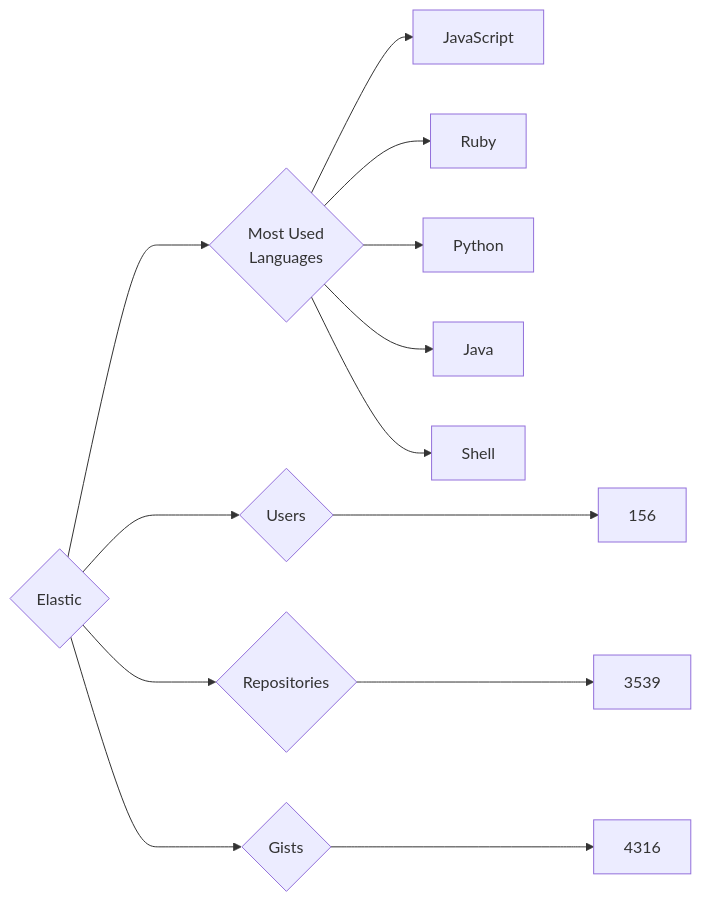
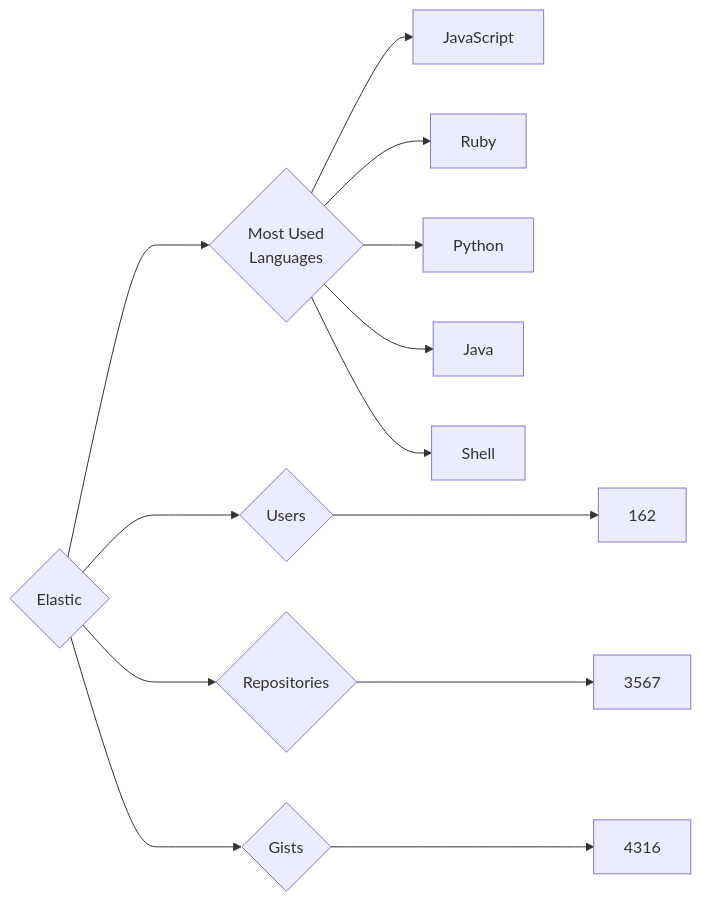
Before and after one commit to trickest/insiders: the diagram in targets/Elastic/README.md, drawn with Mermaid. The commit also changed 912 other files, not shown here.

````diff
--- a/targets/Elastic/README.md
+++ b/targets/Elastic/README.md
@@ -3,13 +3,13 @@
 ```mermaid
 graph LR
 COMPANY_NAME{Elastic}
-COMPANY_NAME ---> U{Users} ---> UN[156]
-COMPANY_NAME ---> R{Repositories} ---> RN[3539]
+COMPANY_NAME ---> U{Users} ---> UN[162]
+COMPANY_NAME ---> R{Repositories} ---> RN[3567]
 COMPANY_NAME ---> G{Gists} ---> GN[4316]
 COMPANY_NAME ---> ML{Most Used<br>Languages}
 ML --> JavaScript[JavaScript]
 ML --> Ruby[Ruby]
 ML --> Python[Python]
 ML --> Java[Java]
 ML --> Shell[Shell]
 ```
````
